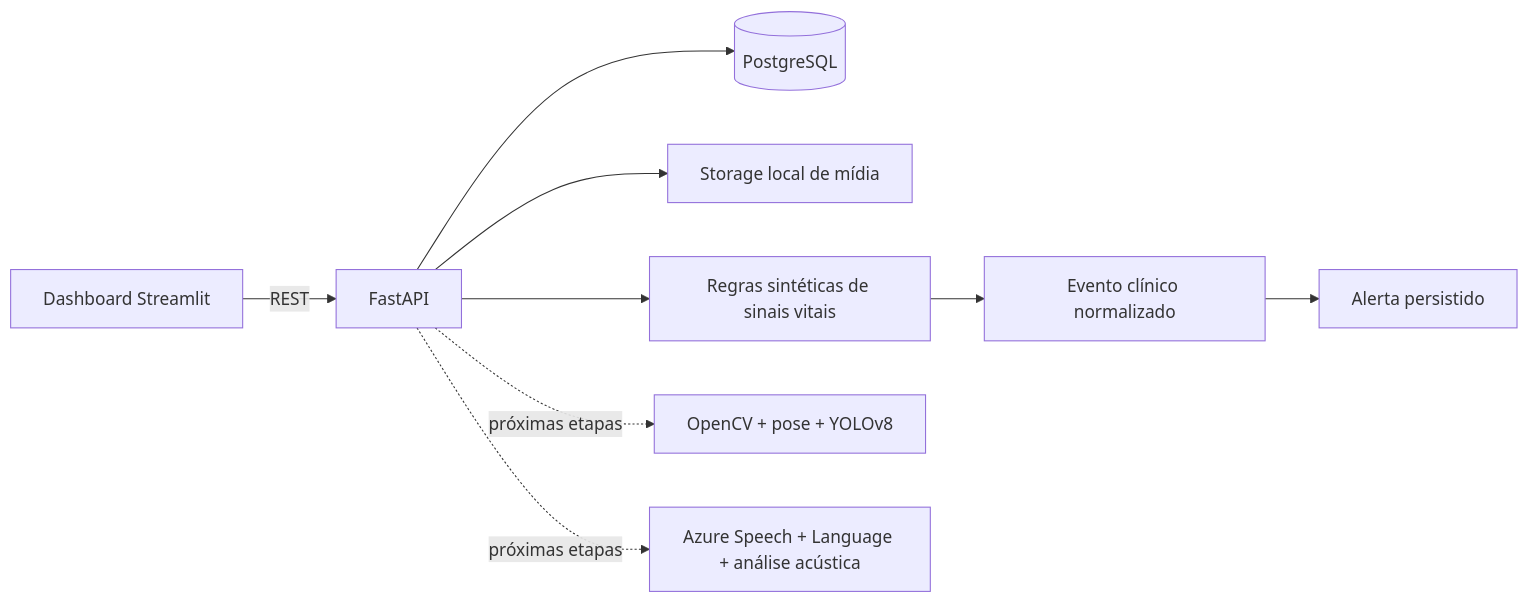
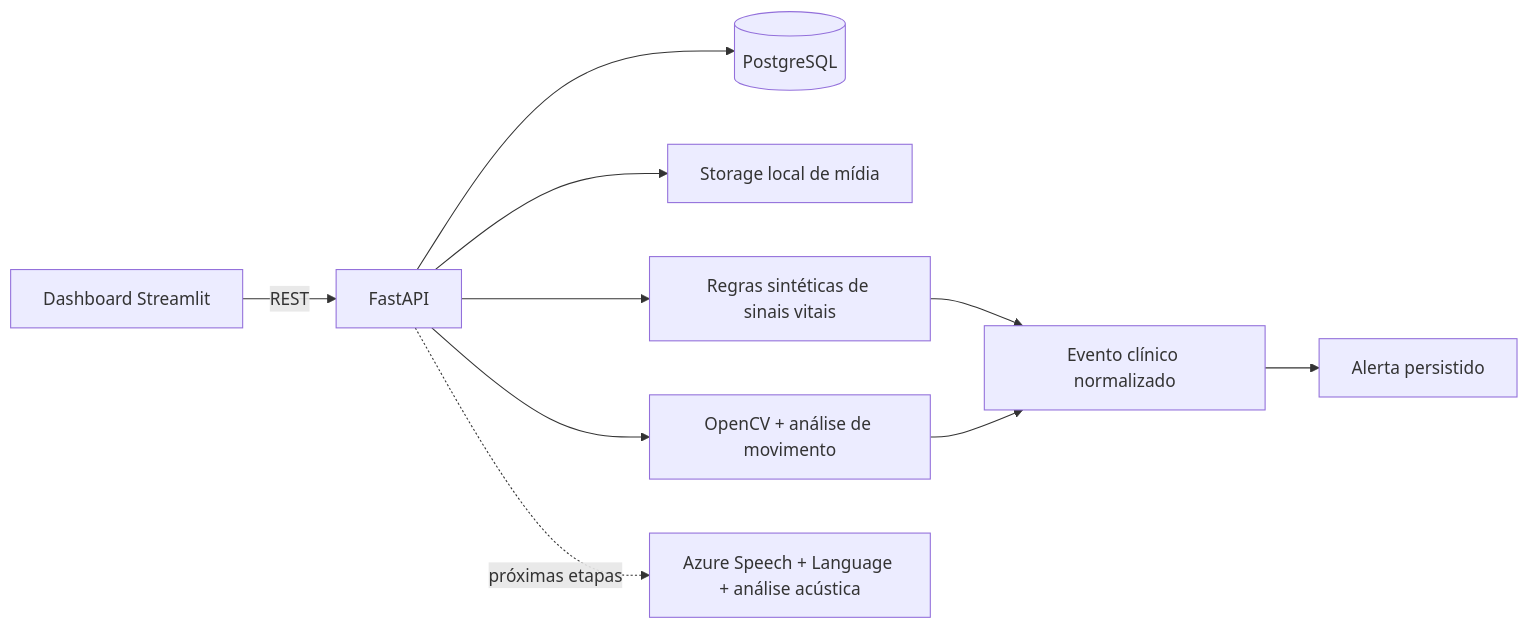
Before and after one commit to mo1sess/tech-challenge-fiap-fase-4: the diagram in README.md, drawn with Mermaid. The commit also changed other lines of this file and 3 other files, not shown here.

````diff
--- a/README.md
+++ b/README.md
@@ -21,11 +26,12 @@
 ```mermaid
 flowchart LR
     UI[Dashboard Streamlit] -->|REST| API[FastAPI]
     API --> DB[(PostgreSQL)]
     API --> FS[Storage local de mídia]
     API --> VITAL[Regras sintéticas de sinais vitais]
     VITAL --> EVENT[Evento clínico normalizado]
     EVENT --> ALERT[Alerta persistido]
-    API -. próximas etapas .-> VIDEO[OpenCV + pose + YOLOv8]
+    API --> VIDEO[OpenCV + análise de movimento]
+    VIDEO --> EVENT
     API -. próximas etapas .-> AUDIO[Azure Speech + Language + análise acústica]
 ```
````
